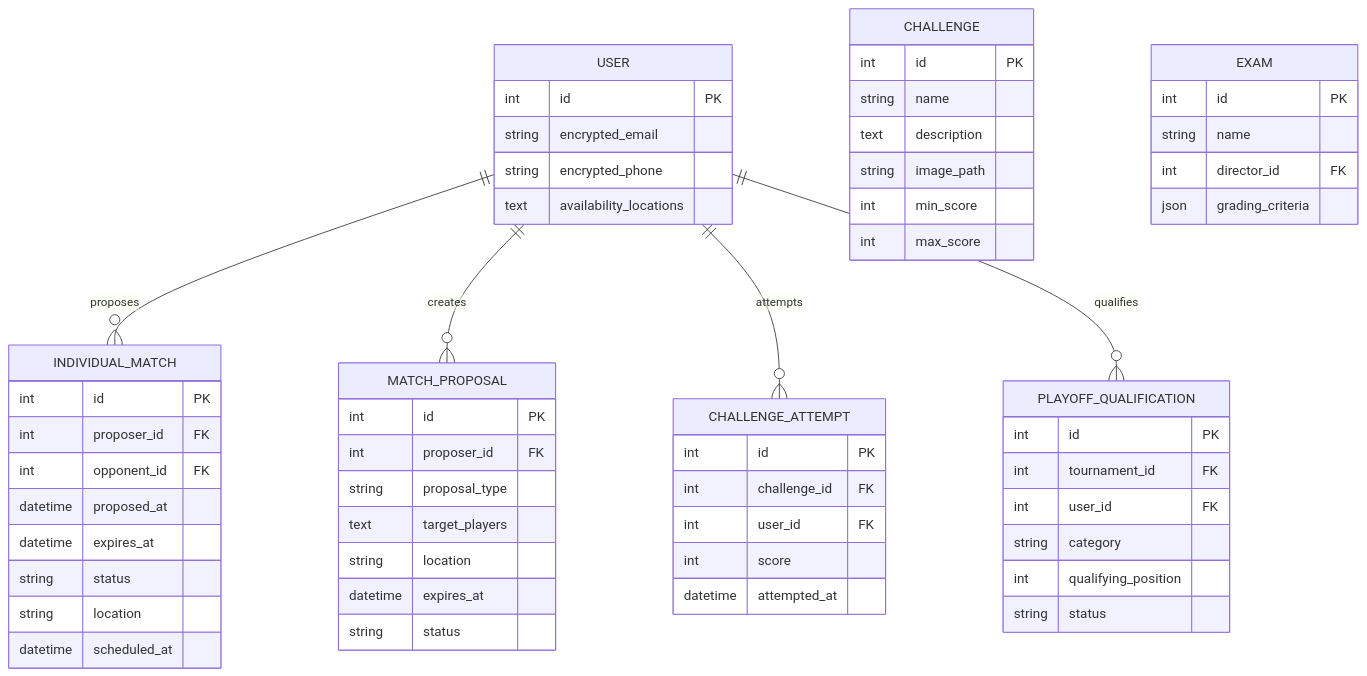
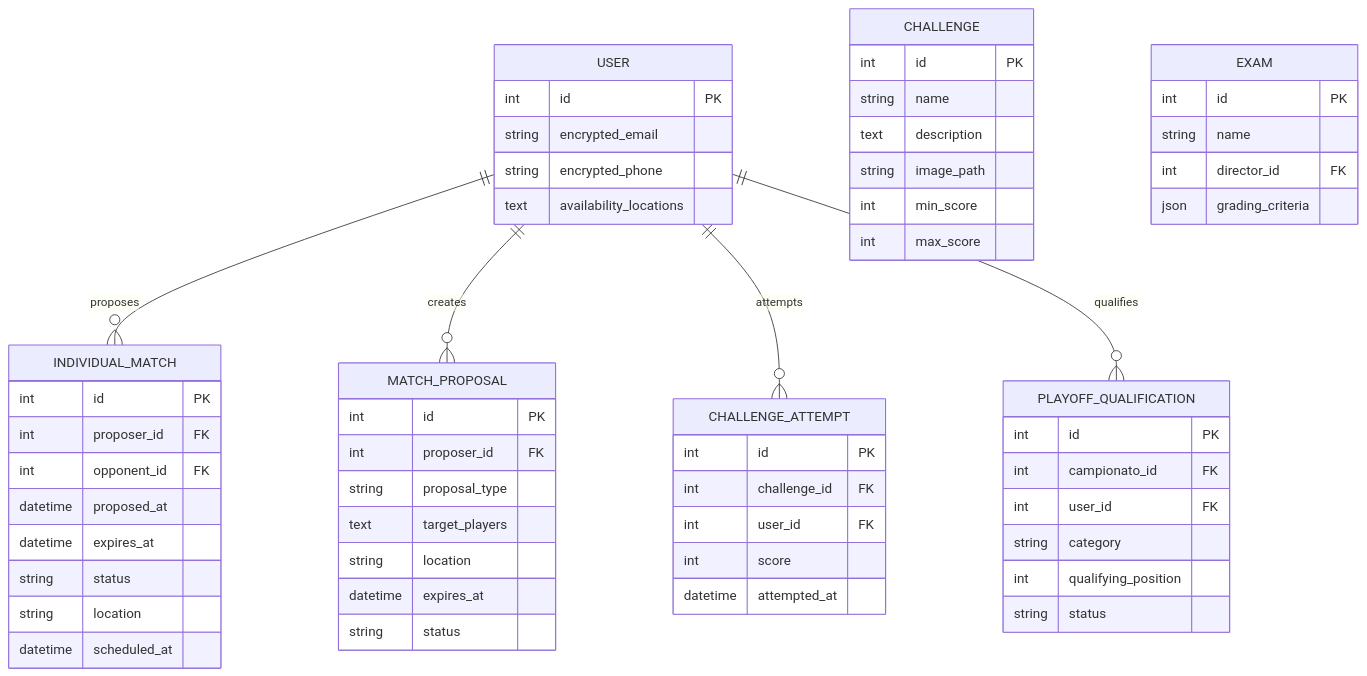
One commit to coppolapaolo/tornei-biliardo changed the fifth of 5 diagrams in .qoder/quests/repository-consistency.md. Above: the diagram before and after it, drawn with Mermaid. The commit also changed other lines of this file and 277 other files, not shown here.

First line of the commit message:
refactor: rename Prova->Gara and Tournament/Torneo->Campionato

````diff
--- a/.qoder/quests/repository-consistency.md
+++ b/.qoder/quests/repository-consistency.md
@@ -335,68 +335,68 @@
 ```mermaid
 erDiagram
     USER {
         int id PK
         string encrypted_email
         string encrypted_phone
         text availability_locations
     }
     
     INDIVIDUAL_MATCH {
         int id PK
         int proposer_id FK
         int opponent_id FK
         datetime proposed_at
         datetime expires_at
         string status
         string location
         datetime scheduled_at
     }
     
     MATCH_PROPOSAL {
         int id PK
         int proposer_id FK
         string proposal_type
         text target_players
         string location
         datetime expires_at
         string status
     }
     
     CHALLENGE {
         int id PK
         string name
         text description
         string image_path
         int min_score
         int max_score
     }
     
     CHALLENGE_ATTEMPT {
         int id PK
         int challenge_id FK
         int user_id FK
         int score
         datetime attempted_at
     }
     
     EXAM {
         int id PK
         string name
         int director_id FK
         json grading_criteria
     }
     
     PLAYOFF_QUALIFICATION {
         int id PK
-        int tournament_id FK
+        int campionato_id FK
         int user_id FK
         string category
         int qualifying_position
         string status
     }
     
     USER ||--o{ INDIVIDUAL_MATCH : proposes
     USER ||--o{ MATCH_PROPOSAL : creates
     USER ||--o{ CHALLENGE_ATTEMPT : attempts
     USER ||--o{ PLAYOFF_QUALIFICATION : qualifies
 ```
````
